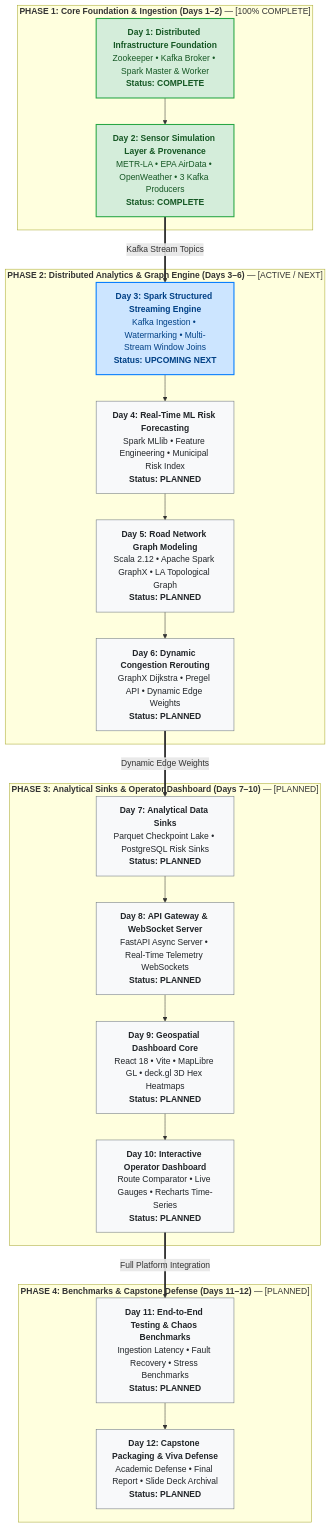
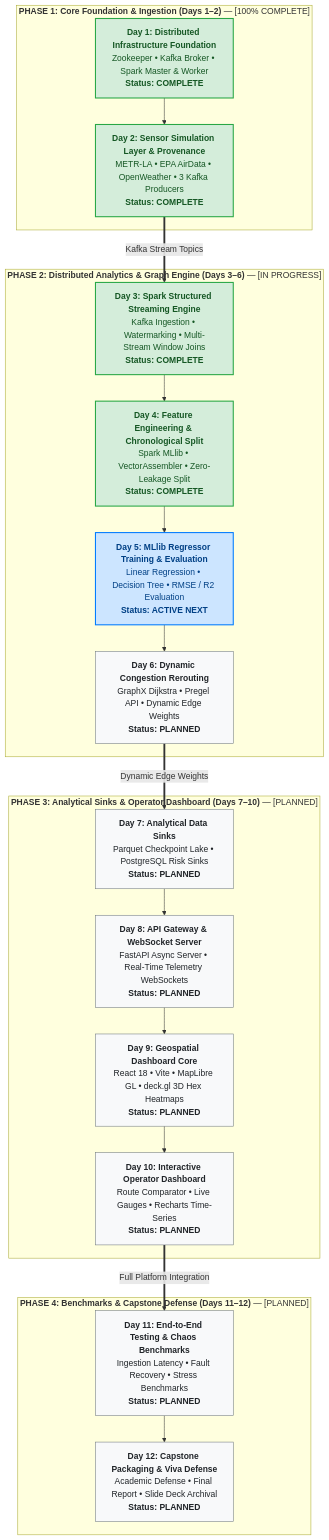
The diagram in _day-notes/README.md (charan21042005/urbanix), drawn with Mermaid before and after one commit. The commit also changed other lines of this file and 3 other files, not shown here.

Commit message:
docs: update root README, day-notes index, and streaming docs for Day 4 completion

````diff
--- a/_day-notes/README.md
+++ b/_day-notes/README.md
@@ -18,53 +18,53 @@
 ```mermaid
 graph TD
     %% Phase 1: Core Foundation & Ingestion
     subgraph P1["<b>PHASE 1: Core Foundation & Ingestion (Days 1–2)</b> — [100% COMPLETE]"]
         D1["<b>Day 1: Distributed Infrastructure Foundation</b><br>Zookeeper • Kafka Broker • Spark Master & Worker<br><b>Status: COMPLETE</b>"]
         D2["<b>Day 2: Sensor Simulation Layer & Provenance</b><br>METR-LA • EPA AirData • OpenWeather • 3 Kafka Producers<br><b>Status: COMPLETE</b>"]
         D1 --> D2
     end
 
     %% Phase 2: Distributed Analytics & Graph Engine
-    subgraph P2["<b>PHASE 2: Distributed Analytics & Graph Engine (Days 3–6)</b> — [ACTIVE / NEXT]"]
-        D3["<b>Day 3: Spark Structured Streaming Engine</b><br>Kafka Ingestion • Watermarking • Multi-Stream Window Joins<br><b>Status: UPCOMING NEXT</b>"]
-        D4["<b>Day 4: Real-Time ML Risk Forecasting</b><br>Spark MLlib • Feature Engineering • Municipal Risk Index<br><b>Status: PLANNED</b>"]
-        D5["<b>Day 5: Road Network Graph Modeling</b><br>Scala 2.12 • Apache Spark GraphX • LA Topological Graph<br><b>Status: PLANNED</b>"]
+    subgraph P2["<b>PHASE 2: Distributed Analytics & Graph Engine (Days 3–6)</b> — [IN PROGRESS]"]
+        D3["<b>Day 3: Spark Structured Streaming Engine</b><br>Kafka Ingestion • Watermarking • Multi-Stream Window Joins<br><b>Status: COMPLETE</b>"]
+        D4["<b>Day 4: Feature Engineering & Chronological Split</b><br>Spark MLlib • VectorAssembler • Zero-Leakage Split<br><b>Status: COMPLETE</b>"]
+        D5["<b>Day 5: MLlib Regressor Training & Evaluation</b><br>Linear Regression • Decision Tree • RMSE / R2 Evaluation<br><b>Status: ACTIVE NEXT</b>"]
         D6["<b>Day 6: Dynamic Congestion Rerouting</b><br>GraphX Dijkstra • Pregel API • Dynamic Edge Weights<br><b>Status: PLANNED</b>"]
         D3 --> D4 --> D5 --> D6
     end
 
     %% Phase 3: Analytical Sinks & Operator Dashboard
     subgraph P3["<b>PHASE 3: Analytical Sinks & Operator Dashboard (Days 7–10)</b> — [PLANNED]"]
         D7["<b>Day 7: Analytical Data Sinks</b><br>Parquet Checkpoint Lake • PostgreSQL Risk Sinks<br><b>Status: PLANNED</b>"]
         D8["<b>Day 8: API Gateway & WebSocket Server</b><br>FastAPI Async Server • Real-Time Telemetry WebSockets<br><b>Status: PLANNED</b>"]
         D9["<b>Day 9: Geospatial Dashboard Core</b><br>React 18 • Vite • MapLibre GL • deck.gl 3D Hex Heatmaps<br><b>Status: PLANNED</b>"]
         D10["<b>Day 10: Interactive Operator Dashboard</b><br>Route Comparator • Live Gauges • Recharts Time-Series<br><b>Status: PLANNED</b>"]
         D7 --> D8 --> D9 --> D10
     end
 
     %% Phase 4: Benchmarks & Defense
     subgraph P4["<b>PHASE 4: Benchmarks & Capstone Defense (Days 11–12)</b> — [PLANNED]"]
         D11["<b>Day 11: End-to-End Testing & Chaos Benchmarks</b><br>Ingestion Latency • Fault Recovery • Stress Benchmarks<br><b>Status: PLANNED</b>"]
         D12["<b>Day 12: Capstone Packaging & Viva Defense</b><br>Academic Defense • Final Report • Slide Deck Archival<br><b>Status: PLANNED</b>"]
         D11 --> D12
     end
 
     %% Inter-Phase Transitions
     D2 ==>|Kafka Stream Topics| D3
     D6 ==>|Dynamic Edge Weights| D7
     D10 ==>|Full Platform Integration| D11
 
     %% Explicit High-Contrast Styling (Guaranteed Readability in Light & Dark Themes)
     style D1 fill:#d4edda,stroke:#28a745,stroke-width:2px,color:#155724
     style D2 fill:#d4edda,stroke:#28a745,stroke-width:2px,color:#155724
-    style D3 fill:#cce5ff,stroke:#007bff,stroke-width:2px,color:#004085
-    style D4 fill:#f8f9fa,stroke:#6c757d,stroke-width:1px,color:#212529
-    style D5 fill:#f8f9fa,stroke:#6c757d,stroke-width:1px,color:#212529
+    style D3 fill:#d4edda,stroke:#28a745,stroke-width:2px,color:#155724
+    style D4 fill:#d4edda,stroke:#28a745,stroke-width:2px,color:#155724
+    style D5 fill:#cce5ff,stroke:#007bff,stroke-width:2px,color:#004085
     style D6 fill:#f8f9fa,stroke:#6c757d,stroke-width:1px,color:#212529
     style D7 fill:#f8f9fa,stroke:#6c757d,stroke-width:1px,color:#212529
     style D8 fill:#f8f9fa,stroke:#6c757d,stroke-width:1px,color:#212529
     style D9 fill:#f8f9fa,stroke:#6c757d,stroke-width:1px,color:#212529
     style D10 fill:#f8f9fa,stroke:#6c757d,stroke-width:1px,color:#212529
     style D11 fill:#f8f9fa,stroke:#6c757d,stroke-width:1px,color:#212529
     style D12 fill:#f8f9fa,stroke:#6c757d,stroke-width:1px,color:#212529
 ```
````
